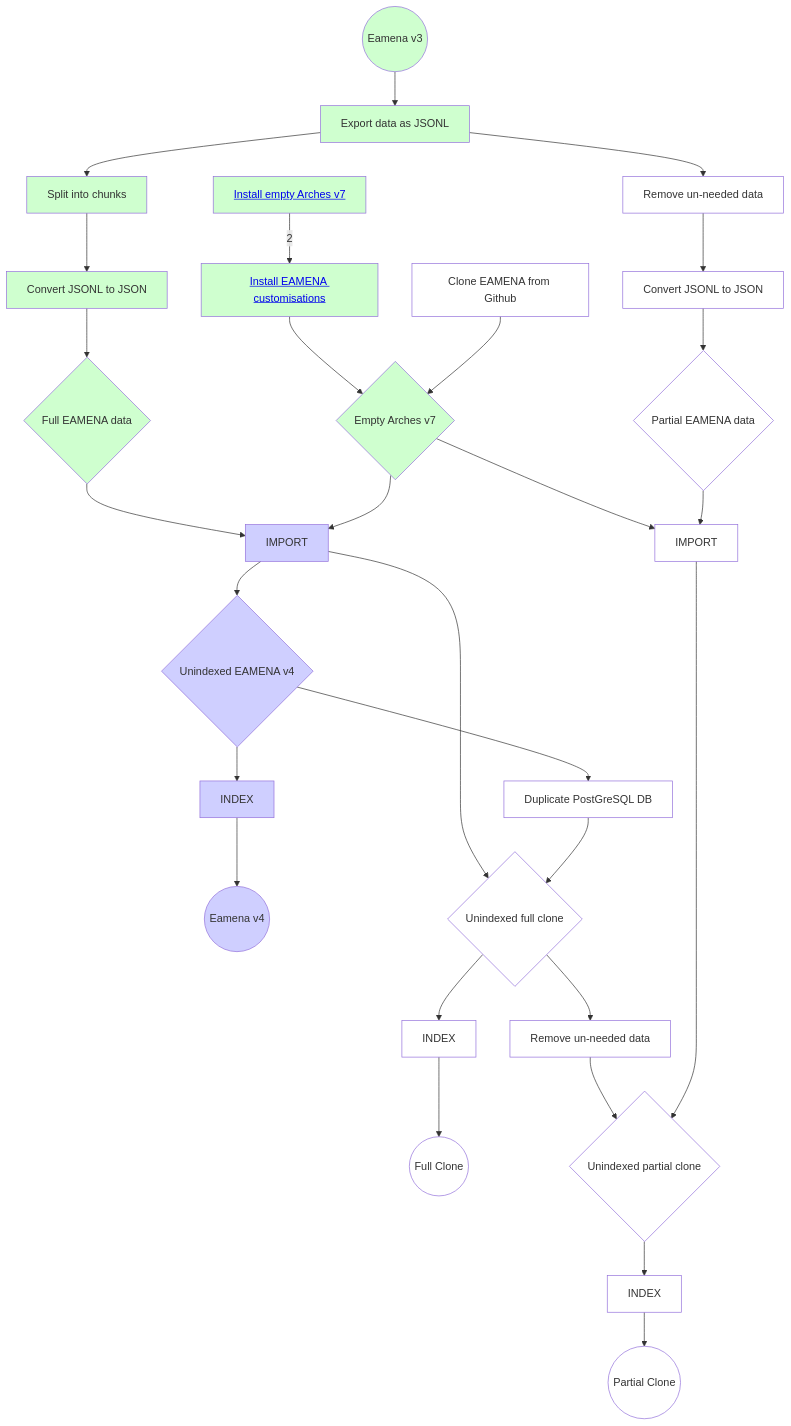
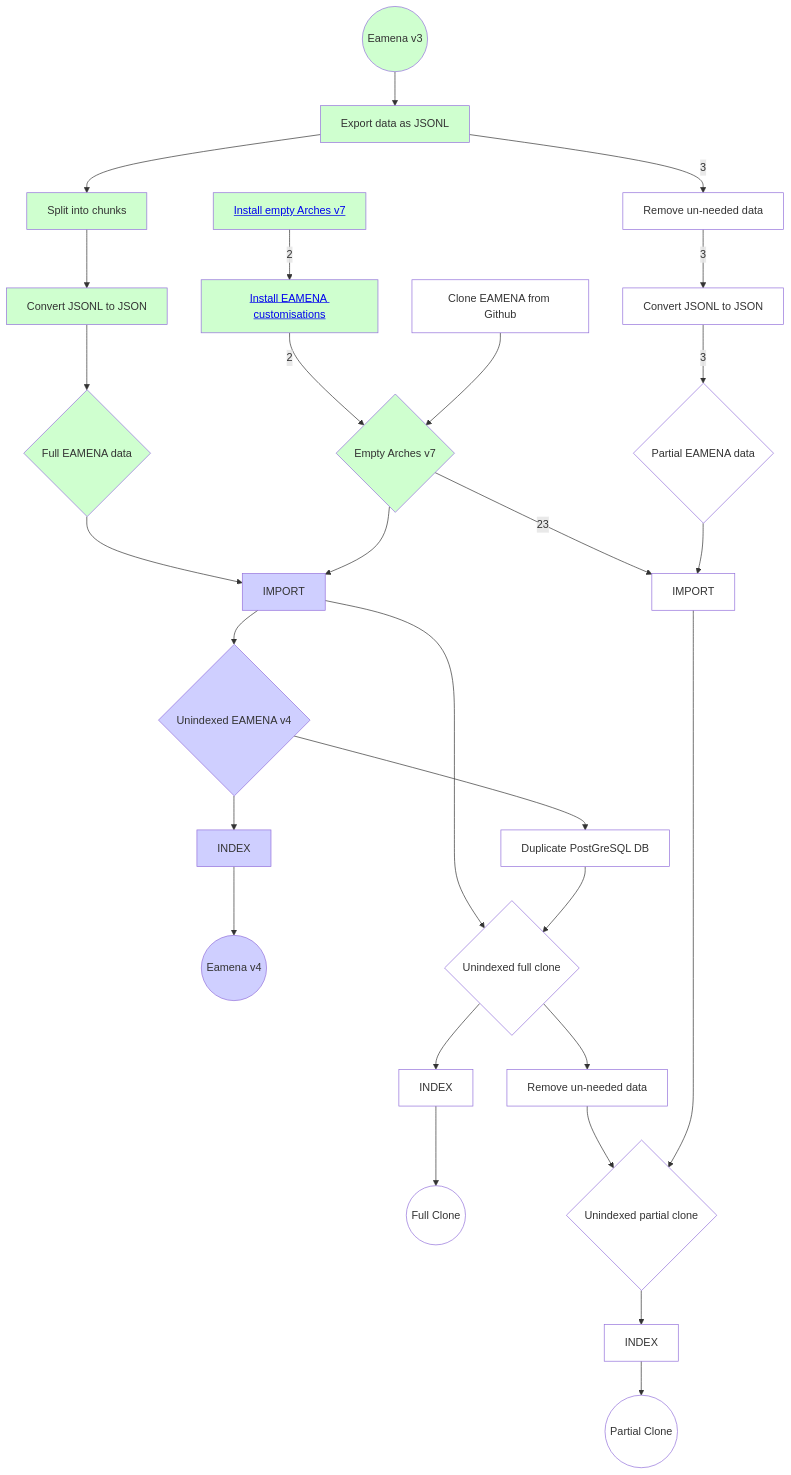
The first of 2 diagrams in dbs/database.eamena/install/README.md (eamena-project/eamena-arches-dev), drawn with Mermaid before and after one commit.

Commit message:
db install

````diff
--- a/dbs/database.eamena/install/README.md
+++ b/dbs/database.eamena/install/README.md
@@ -28,55 +28,55 @@
 ```mermaid
 flowchart
 	id1((Eamena v3))-->id2[Export data as JSONL]
 	id2-->id3[Split into chunks]
 	id3-->id4[Convert JSONL to JSON]
 	id4-->id5{Full EAMENA data}
 	id5-->id6[IMPORT]
 	id7[ <a href='https://github.com/eamena-project/eamena-arches-dev/tree/main/dbs/database.eamena/install#install-empty-arches-v7'> Install empty Arches v7 </a>] --2--> id25[ <a href='https://github.com/eamena-project/eamena-arches-dev/tree/main/dbs/database.eamena/install#install-eamena-customisations'>Install EAMENA customisations</a> ]
-	id25-->id8{Empty Arches v7}
+	id25 --2--> id8{Empty Arches v7}
 	id9[Clone EAMENA from Github]-->id8
 	id8-->id6
 	id6-->id10{Unindexed EAMENA v4}
 	id10-->id11[Duplicate PostGreSQL DB]
 	id10-->id12[INDEX]
 	id12-->id13((Eamena v4))
-	id2-->id14[Remove un-needed data]
+	id2 --3--> id14[Remove un-needed data]
 	id6-->id15{Unindexed full clone}
 	id11-->id15
 	id15-->id16[INDEX]
 	id16-->id17((Full Clone))
 	id18{Unindexed partial clone}-->id19[INDEX]
 	id19-->id20((Partial Clone))
-	id14-->id21[Convert JSONL to JSON]
-	id21-->id22{Partial EAMENA data}
+	id14 --3--> id21[Convert JSONL to JSON]
+	id21 --3--> id22{Partial EAMENA data}
 	id15-->id23[Remove un-needed data]
-	id8-->id24[IMPORT]
+	id8 --23--> id24[IMPORT]
 	id22-->id24
 	id23-->id18
 	id24-->id18
 	style id1 fill:#CFFFCF
 	style id2 fill:#CFFFCF
 	style id3 fill:#CFFFCF
 	style id4 fill:#CFFFCF
 	style id5 fill:#CFFFCF
 	style id6 fill:#CFCFFF
 	style id7 fill:#CFFFCF
 	style id8 fill:#CFFFCF
 	style id9 fill:#FFFFFF
 	style id10 fill:#CFCFFF
 	style id11 fill:#FFFFFF
 	style id12 fill:#CFCFFF
 	style id13 fill:#CFCFFF
 	style id14 fill:#FFFFFF
 	style id15 fill:#FFFFFF
 	style id16 fill:#FFFFFF
 	style id17 fill:#FFFFFF
 	style id18 fill:#FFFFFF
 	style id19 fill:#FFFFFF
 	style id20 fill:#FFFFFF
 	style id21 fill:#FFFFFF
 	style id22 fill:#FFFFFF
 	style id23 fill:#FFFFFF
 	style id24 fill:#FFFFFF
 	style id25 fill:#CFFFCF
 ```
````
